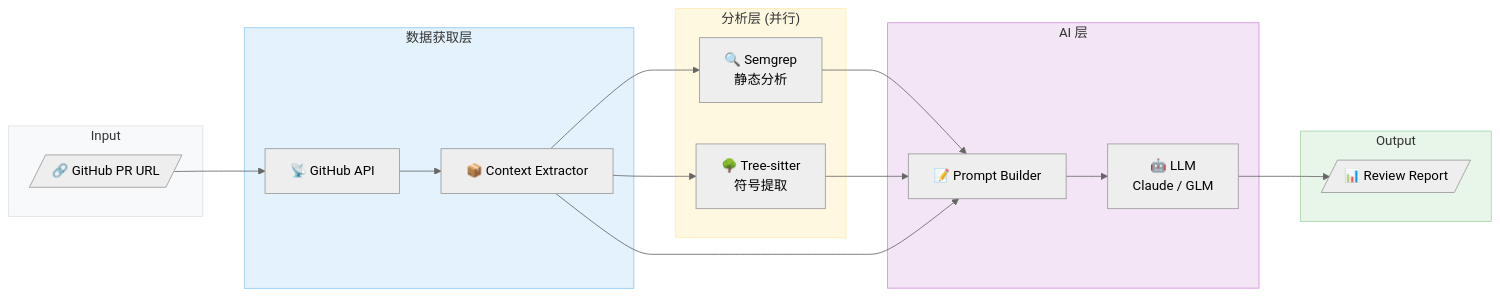
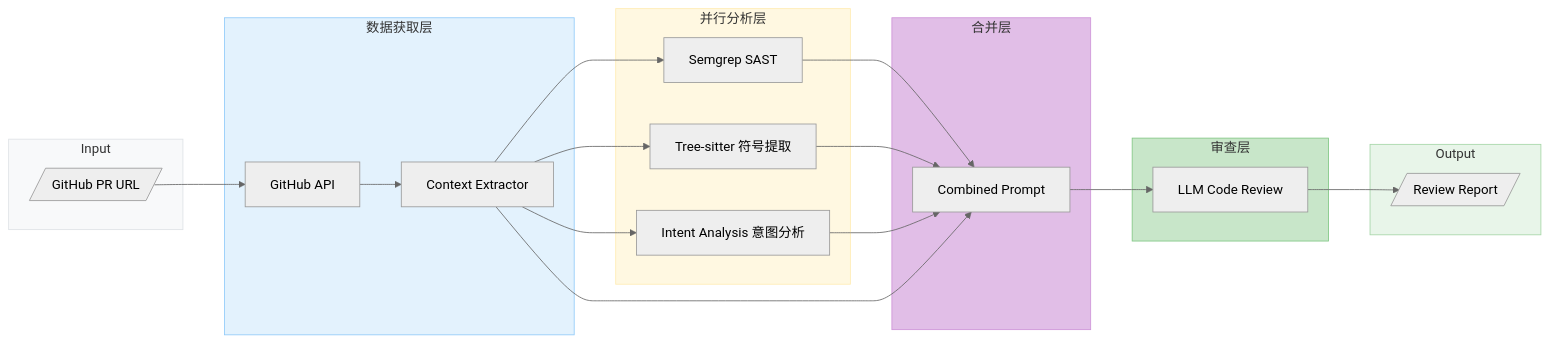
The second of 3 diagrams in README.md (zju-sxf-code-review/AI-Code-Review-DiffCOT-DiffCOT), drawn with Mermaid (neutral theme) before and after one commit. The commit also changed other lines of this file, not shown here.

````diff
--- a/README.md
+++ b/README.md
@@ -227,41 +261,48 @@
 ```mermaid
 flowchart LR
     subgraph Input
-        PR[/"🔗 GitHub PR URL"/]
+        PR[/GitHub PR URL/]
     end
 
-    subgraph DataFetch["数据获取层"]
-        GH["📡 GitHub API"]
-        CTX["📦 Context Extractor"]
+    subgraph DataFetch[数据获取层]
+        GH[GitHub API]
+        CTX[Context Extractor]
     end
 
-    subgraph Analysis["分析层 (并行)"]
-        SEM["🔍 Semgrep<br/>静态分析"]
-        SYM["🌳 Tree-sitter<br/>符号提取"]
+    subgraph ParallelAnalysis[并行分析层]
+        SEM[Semgrep SAST]
+        SYM[Tree-sitter 符号提取]
+        INTENT[Intent Analysis 意图分析]
     end
 
-    subgraph AILayer["AI 层"]
-        PROMPT["📝 Prompt Builder"]
-        LLM["🤖 LLM<br/>Claude / GLM"]
+    subgraph Combine[合并层]
+        MERGE[Combined Prompt]
+    end
+
+    subgraph Review[审查层]
+        LLM[LLM Code Review]
     end
 
     subgraph Output
-        REPORT[/"📊 Review Report"/]
+        REPORT[/Review Report/]
     end
 
     PR --> GH
     GH --> CTX
     CTX --> SEM
     CTX --> SYM
-    SEM --> PROMPT
-    SYM --> PROMPT
-    CTX --> PROMPT
-    PROMPT --> LLM
+    CTX --> INTENT
+    SEM --> MERGE
+    SYM --> MERGE
+    INTENT --> MERGE
+    CTX --> MERGE
+    MERGE --> LLM
     LLM --> REPORT
 
     style Input fill:#f8f9fa,stroke:#dee2e6
     style DataFetch fill:#e3f2fd,stroke:#90caf9
-    style Analysis fill:#fff8e1,stroke:#ffecb3
-    style AILayer fill:#f3e5f5,stroke:#ce93d8
+    style ParallelAnalysis fill:#fff8e1,stroke:#ffecb3
+    style Combine fill:#e1bee7,stroke:#ce93d8
+    style Review fill:#c8e6c9,stroke:#81c784
     style Output fill:#e8f5e9,stroke:#a5d6a7
 ```
````
